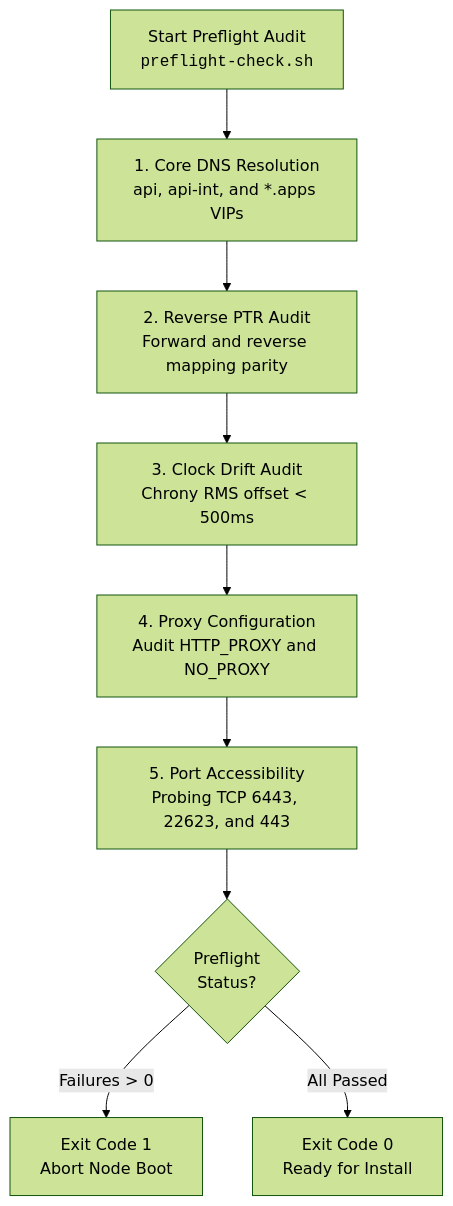
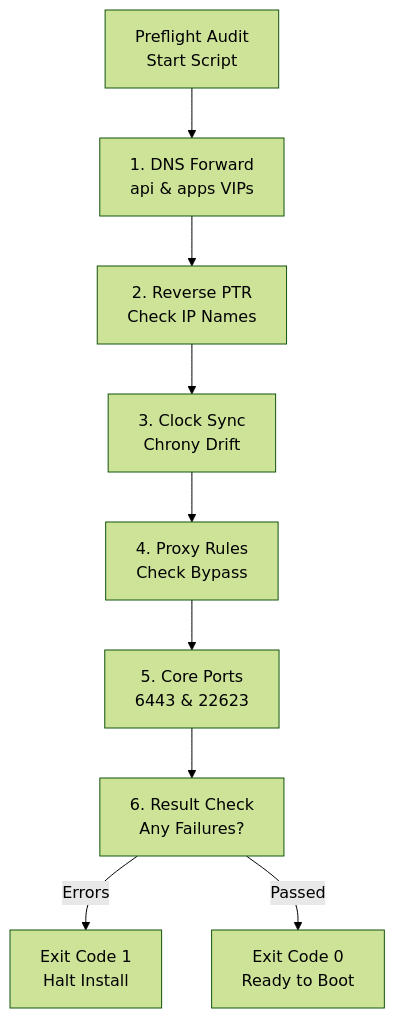
One commit to nubenetes/openshift-4-20-installation-day0-day2 changed the second of 6 diagrams in scripts/README.md. Above: the diagram before and after it, drawn with Mermaid (forest theme). The commit also changed other lines of this file, not shown here.

Commit message:
fix(docs): resolve text overflow in mermaid boxes by shortening line lengths and adding ascii companion diagrams

````diff
--- a/scripts/README.md
+++ b/scripts/README.md
@@ -123,11 +123,11 @@
 ```mermaid
 flowchart TD
-    A["Start Preflight Audit<br/><code>preflight-check.sh</code>"] --> B["1. Core DNS Resolution<br/>api, api-int, and *.apps VIPs"]
-    B --> C["2. Reverse PTR Audit<br/>Forward and reverse mapping parity"]
-    C --> D["3. Clock Drift Audit<br/>Chrony RMS offset &lt; 500ms"]
-    D --> E["4. Proxy Configuration<br/>Audit HTTP_PROXY and NO_PROXY"]
-    E --> F["5. Port Accessibility<br/>Probing TCP 6443, 22623, and 443"]
-    F --> G{"Preflight<br/>Status?"}
-    G -->|"Failures &gt; 0"| H["Exit Code 1<br/>Abort Node Boot"]
-    G -->|"All Passed"| I["Exit Code 0<br/>Ready for Install"]
+    A["Preflight Audit<br/>Start Script"] --> B["1. DNS Forward<br/>api &amp; apps VIPs"]
+    B --> C["2. Reverse PTR<br/>Check IP Names"]
+    C --> D["3. Clock Sync<br/>Chrony Drift"]
+    D --> E["4. Proxy Rules<br/>Check Bypass"]
+    E --> F["5. Core Ports<br/>6443 &amp; 22623"]
+    F --> G["6. Result Check<br/>Any Failures?"]
+    G -->|"Errors"| H["Exit Code 1<br/>Halt Install"]
+    G -->|"Passed"| I["Exit Code 0<br/>Ready to Boot"]
 ```
````
